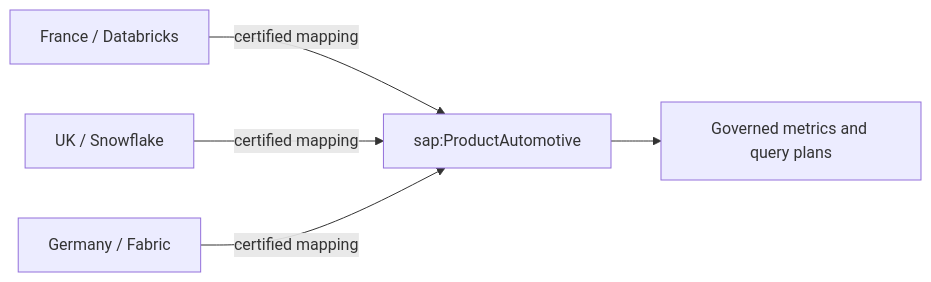
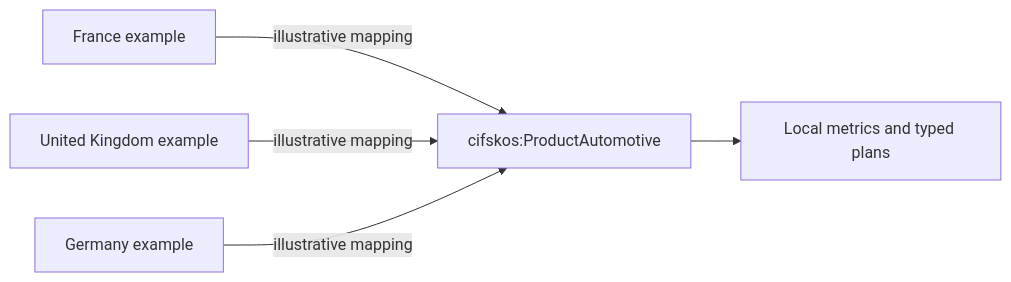
One commit to Sugumaran-Balasubramaniyan/enterprise-agentic-semantic-layer changed the diagram in docs/federated-semantics.md. Above: the diagram before and after it, drawn with Mermaid. The commit also changed other lines of this file and 19 other files, not shown here.

````diff
--- a/docs/federated-semantics.md
+++ b/docs/federated-semantics.md
@@ -25,7 +23,7 @@
 ```mermaid
 flowchart LR
-    FR[France / Databricks] -->|certified mapping| C[sap:ProductAutomotive]
-    UK[UK / Snowflake] -->|certified mapping| C
-    DE[Germany / Fabric] -->|certified mapping| C
-    C --> M[Governed metrics and query plans]
+    FR[France example] -->|illustrative mapping| C[cifskos:ProductAutomotive]
+    UK[United Kingdom example] -->|illustrative mapping| C
+    DE[Germany example] -->|illustrative mapping| C
+    C --> M[Local metrics and typed plans]
 ```
````
